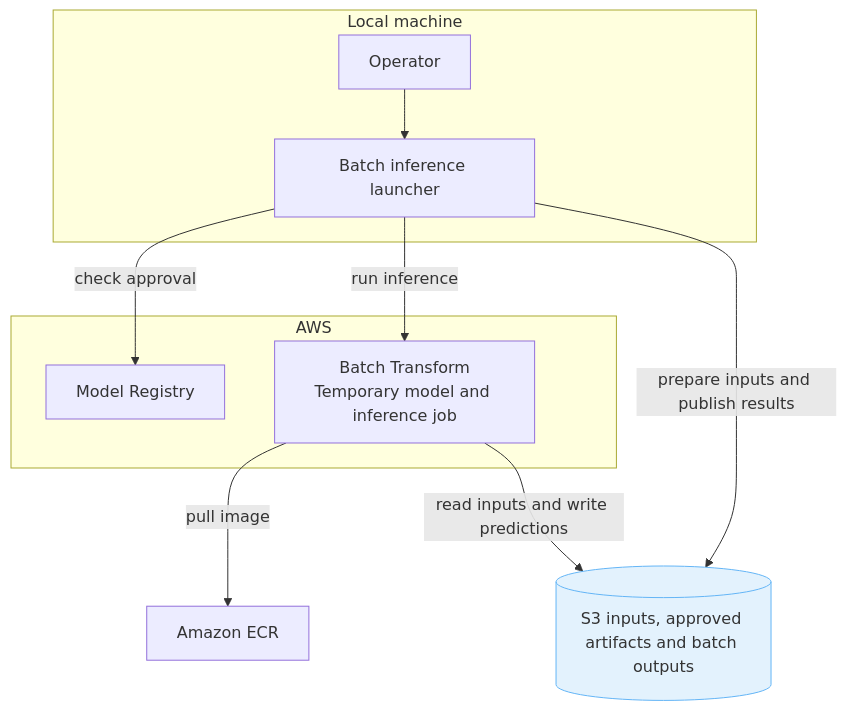
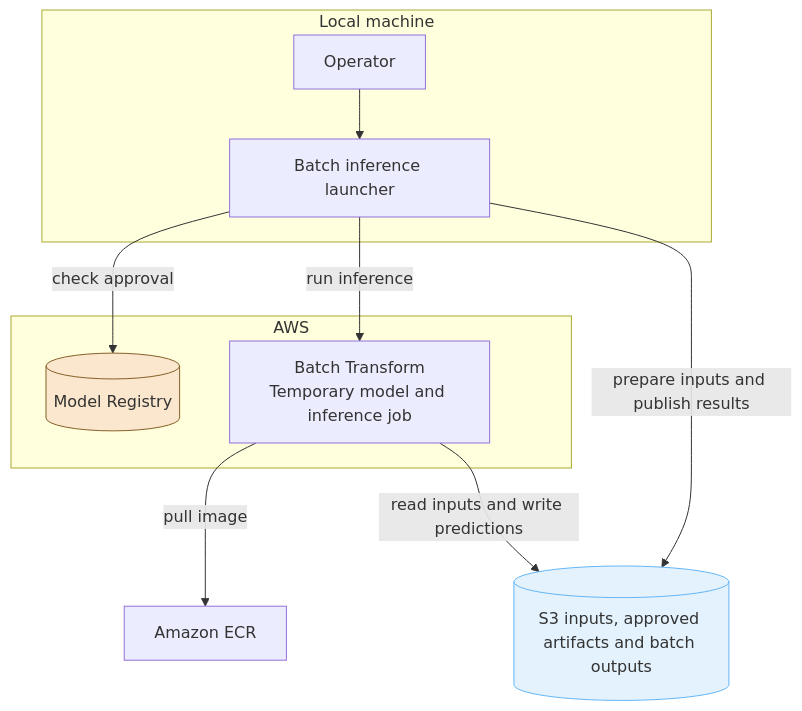
The diagram in Documentation/Pipeline/Children/BatchTransform/Resources/ComponentDiagram.md (MaximeBoulat/customer-churn-pipeline), drawn with Mermaid before and after one commit. The commit also changed 6 other files, not shown here.

Commit message:
Updating diagrams

````diff
--- a/Documentation/Pipeline/Children/BatchTransform/Resources/ComponentDiagram.md
+++ b/Documentation/Pipeline/Children/BatchTransform/Resources/ComponentDiagram.md
@@ -1,25 +1,28 @@
 ```mermaid
 flowchart TB
     subgraph Local["Local machine"]
         Operator["Operator"]
         Launcher["Batch inference launcher"]
     end
     subgraph AWS["AWS"]
-        Registry["Model Registry"]
+        Registry[("Model Registry")]
         Batch["Batch Transform<br/>Temporary model and inference job"]
     end
 
-    ECR["Amazon ECR"]
+    ECR["Amazon ECR"] 
 
     S3[("S3 inputs, approved artifacts and batch outputs")]
-
+ 
     Operator --> Launcher
     Launcher -->|check approval| Registry
     Launcher -->|run inference| Batch
     Batch -->|pull image| ECR
     Launcher -->|prepare inputs and publish results| S3
     Batch -->|read inputs and write predictions| S3
 
     classDef dataStore fill:#E3F2FD,stroke:#64B5F6
+    classDef registry fill:#fae7cd,stroke:#876029
+
     class S3 dataStore
+    class Registry registry
 ```
````
